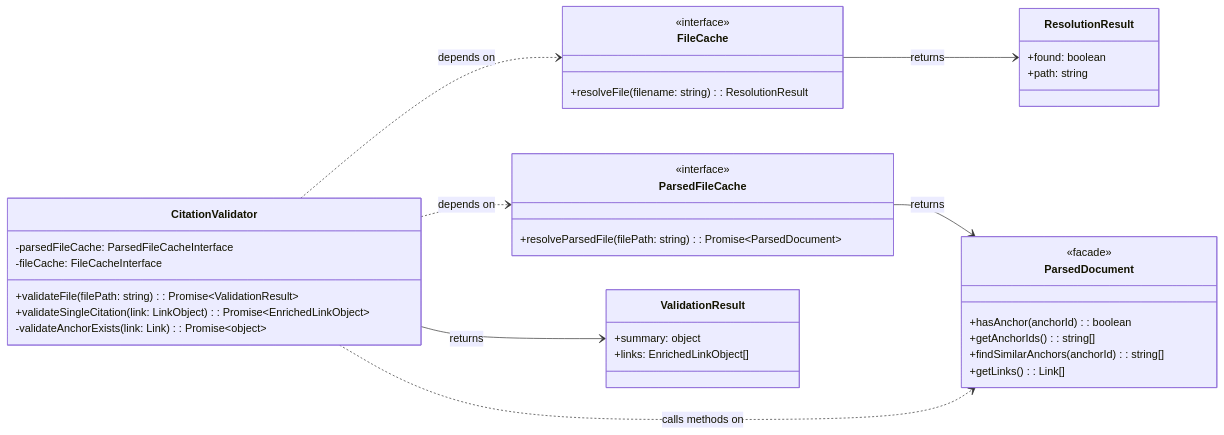
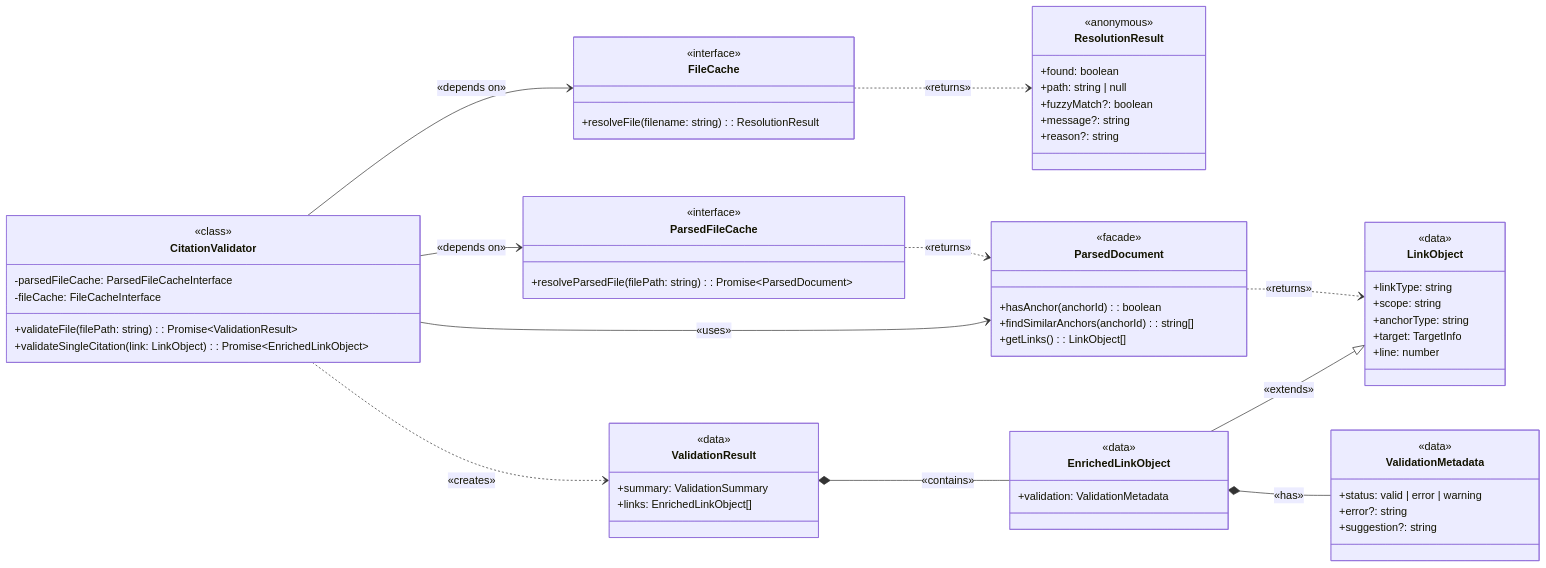
One commit to WesleyMFrederick/cc-workflows changed the diagram in tools/citation-manager/design-docs/component-guides/CitationValidator Implementation Guide.md. Above: the diagram before and after it, drawn with Mermaid. The commit also changed other lines of this file and 9 other files, not shown here.

````diff
--- a/tools/citation-manager/design-docs/component-guides/CitationValidator Implementation Guide.md
+++ b/tools/citation-manager/design-docs/component-guides/CitationValidator Implementation Guide.md
@@ -35,54 +39,76 @@
 ```mermaid
 classDiagram
     direction LR
 
     class CitationValidator {
+        <<class>>
         -parsedFileCache: ParsedFileCacheInterface
         -fileCache: FileCacheInterface
         +validateFile(filePath: string): Promise~ValidationResult~
         +validateSingleCitation(link: LinkObject): Promise~EnrichedLinkObject~
-        -validateAnchorExists(link: Link): Promise~object~
     }
 
-    
-    
     class FileCache {
         <<interface>>
         +resolveFile(filename: string): ResolutionResult
     }
-    
-  class ResolutionResult {
-      +found: boolean
-      +path: string
-    }    
-    
-  class ParsedFileCache {
+
+    class ResolutionResult {
+        <<anonymous>>
+        +found: boolean
+        +path: string | null
+        +fuzzyMatch?: boolean
+        +message?: string
+        +reason?: string
+    }
+
+    class ParsedFileCache {
         <<interface>>
         +resolveParsedFile(filePath: string): Promise~ParsedDocument~
     }
-      
-  class ParsedDocument {
+
+    class ParsedDocument {
         <<facade>>
         +hasAnchor(anchorId): boolean
-        +getAnchorIds(): string[]
         +findSimilarAnchors(anchorId): string[]
-        +getLinks(): Link[]
+        +getLinks(): LinkObject[]
     }
-    
+
+    class LinkObject {
+        <<data>>
+        +linkType: string
+        +scope: string
+        +anchorType: string
+        +target: TargetInfo
+        +line: number
+    }
+
+    class EnrichedLinkObject {
+        <<data>>
+        +validation: ValidationMetadata
+    }
+
+    class ValidationMetadata {
+        <<data>>
+        +status: valid | error | warning
+        +error?: string
+        +suggestion?: string
+    }
+
     class ValidationResult {
-        +summary: object
+        <<data>>
+        +summary: ValidationSummary
         +links: EnrichedLinkObject[]
     }
-  
-  CitationValidator ..> FileCache : depends on
-  FileCache --> ResolutionResult : returns
-  
-    CitationValidator ..> ParsedFileCache : depends on
-    ParsedFileCache --> ParsedDocument : returns
-    
-    CitationValidator ..> ParsedDocument : calls methods on
-    
-    CitationValidator --> ValidationResult : returns
-    
-    
+
+    CitationValidator --> FileCache : «depends on»
+    FileCache ..> ResolutionResult : «returns»
+    CitationValidator --> ParsedFileCache : «depends on»
+    ParsedFileCache ..> ParsedDocument : «returns»
+    CitationValidator --> ParsedDocument : «uses»
+    ParsedDocument ..> LinkObject : «returns»
+    EnrichedLinkObject --|> LinkObject : «extends»
+    EnrichedLinkObject *-- ValidationMetadata : «has»
+    ValidationResult *-- EnrichedLinkObject : «contains»
+    CitationValidator ..> ValidationResult : «creates»
 ```
````
